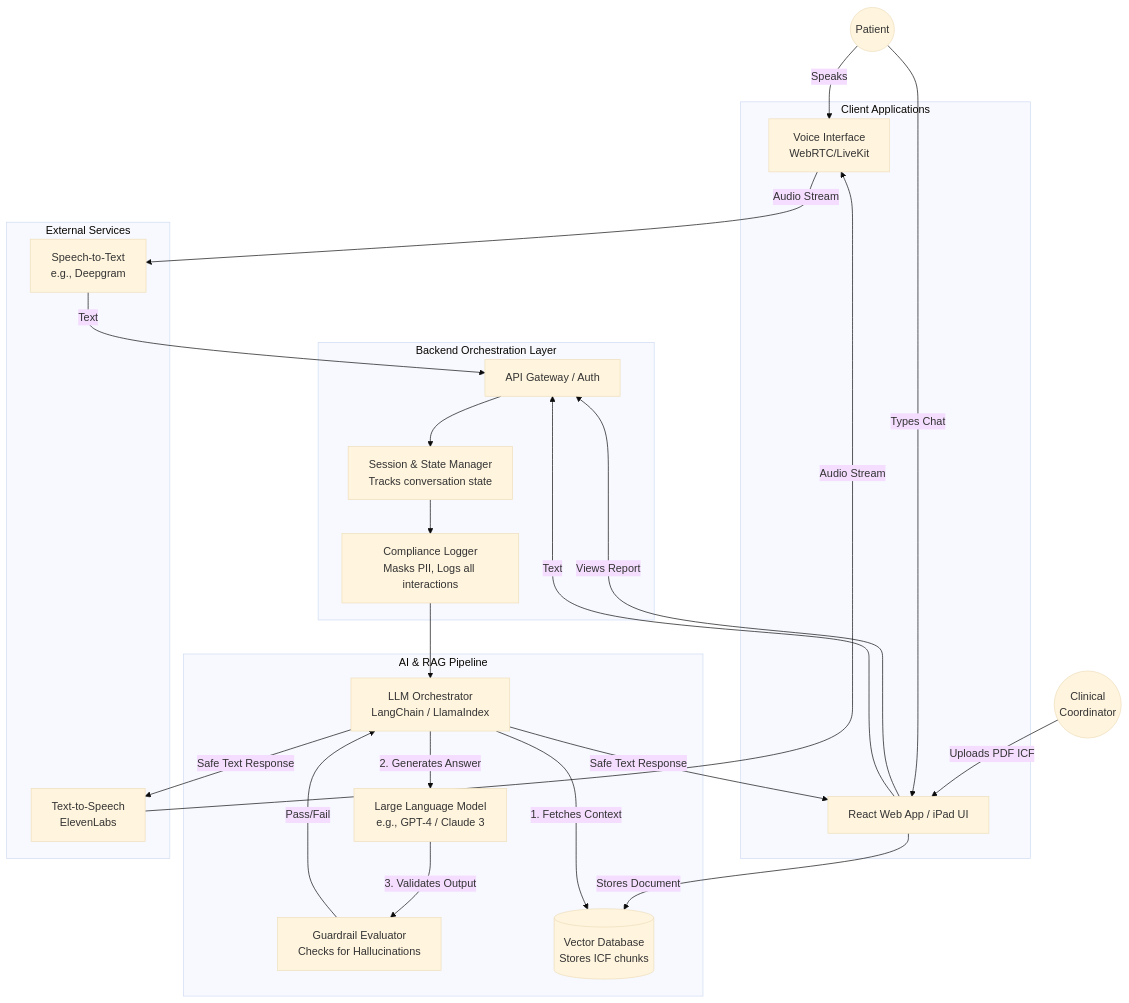
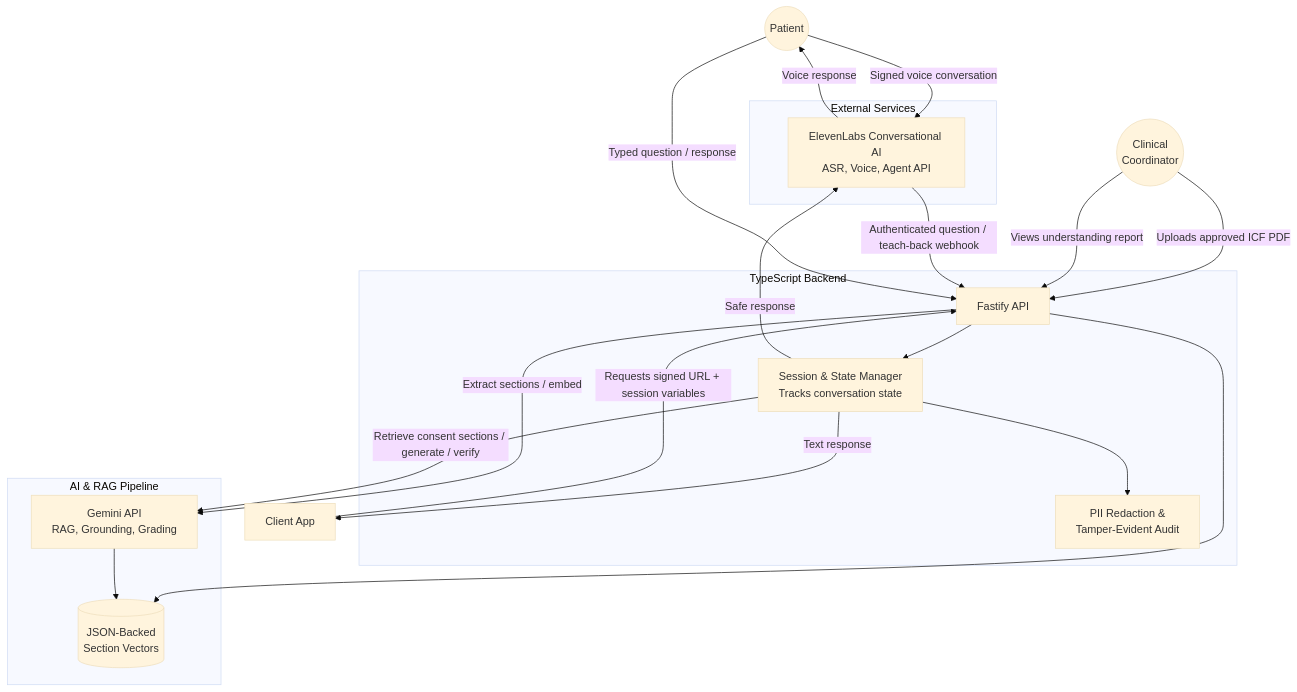
One commit to jaideep1021/soundconsent changed the diagram in architecture-teach-it-back.md. Above: the diagram before and after it, drawn with Mermaid (base theme). The commit also changed other lines of this file and 12 other files, not shown here.

Commit message:
Add ElevenLabs conversational agent integration

````diff
--- a/architecture-teach-it-back.md
+++ b/architecture-teach-it-back.md
@@ -7,62 +7,34 @@
 ```mermaid
 flowchart TD
-    %% Define User Entities
     Patient((Patient))
     Coordinator((Clinical\nCoordinator))
+    subgraph Backend [TypeScript Backend]
+        API[Fastify API]
+        SessionMgr[Session & State Manager\nTracks conversation state]
+        Compliance[PII Redaction &\nTamper-Evident Audit]
+    end
+    subgraph AIEngine [AI & RAG Pipeline]
+        Gemini[Gemini API\nRAG, Grounding, Grading]
+        VectorDB[(JSON-Backed\nSection Vectors)]
+    end
+    subgraph External [External Services]
+        Agent[ElevenLabs Conversational AI\nASR, Voice, Agent API]
+    end
+    WebUI[Client App]
 
-    %% Frontend Interfaces
-    subgraph Frontend [Client Applications]
-        WebUI[React Web App / iPad UI]
-        VoiceUI[Voice Interface\nWebRTC/LiveKit]
-    end
-
-    %% Backend Services
-    subgraph Backend [Backend Orchestration Layer]
-        API[API Gateway / Auth]
-        SessionMgr[Session & State Manager\nTracks conversation state]
-        Compliance[Compliance Logger\nMasks PII, Logs all interactions]
-    end
-
-    %% AI Engine (The Brain)
-    subgraph AIEngine [AI & RAG Pipeline]
-        Orchestrator[LLM Orchestrator\nLangChain / LlamaIndex]
-        Guardrails[Guardrail Evaluator\nChecks for Hallucinations]
-        LLM[Large Language Model\ne.g., GPT-4 / Claude 3]
-        VectorDB[(Vector Database\nStores ICF chunks)]
-    end
-
-    %% External APIs
-    subgraph External [External Services]
-        STT[Speech-to-Text\ne.g., Deepgram]
-        TTS[Text-to-Speech\nElevenLabs]
-    end
-
-    %% Connections - Coordinator Flow
-    Coordinator -- "Uploads PDF ICF" --> WebUI
-    WebUI -- "Stores Document" --> VectorDB
-    WebUI -- "Views Report" --> API
-
-    %% Connections - Patient Chat/Voice Flow
-    Patient -- "Speaks" --> VoiceUI
-    VoiceUI -- "Audio Stream" --> STT
-    STT -- "Text" --> API
-    
-    Patient -- "Types Chat" --> WebUI
-    WebUI -- "Text" --> API
-
-    %% Connections - Backend to AI
+    Coordinator -- "Uploads approved ICF PDF" --> API
+    API -- "Extract sections / embed" --> Gemini
+    API --> VectorDB
+    Coordinator -- "Views understanding report" --> API
+    Patient -- "Signed voice conversation" --> Agent
+    WebUI -- "Requests signed URL + session variables" --> API
+    Agent -- "Authenticated question / teach-back webhook" --> API
+    Patient -- "Typed question / response" --> API
     API --> SessionMgr
     SessionMgr --> Compliance
-    Compliance --> Orchestrator
-
-    %% Connections - AI internal logic
-    Orchestrator -- "1. Fetches Context" --> VectorDB
-    Orchestrator -- "2. Generates Answer" --> LLM
-    LLM -- "3. Validates Output" --> Guardrails
-    Guardrails -- "Pass/Fail" --> Orchestrator
-
-    %% Connections - AI to Output
-    Orchestrator -- "Safe Text Response" --> TTS
-    TTS -- "Audio Stream" --> VoiceUI
-    Orchestrator -- "Safe Text Response" --> WebUI
+    SessionMgr -- "Retrieve consent sections / generate / verify" --> Gemini
+    Gemini --> VectorDB
+    SessionMgr -- "Safe response" --> Agent
+    Agent -- "Voice response" --> Patient
+    SessionMgr -- "Text response" --> WebUI
 ```
````
